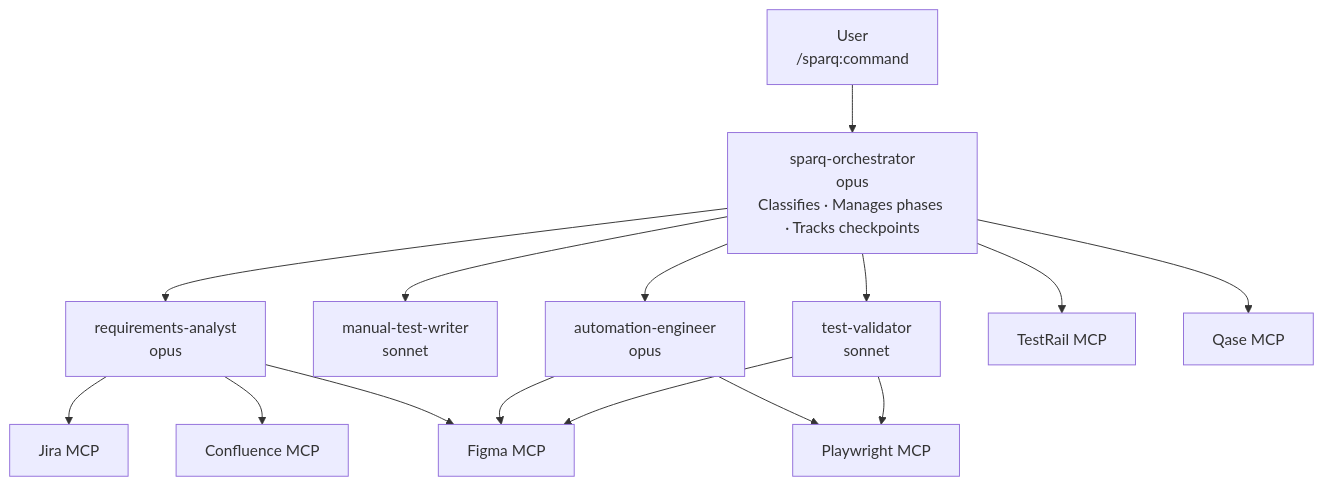
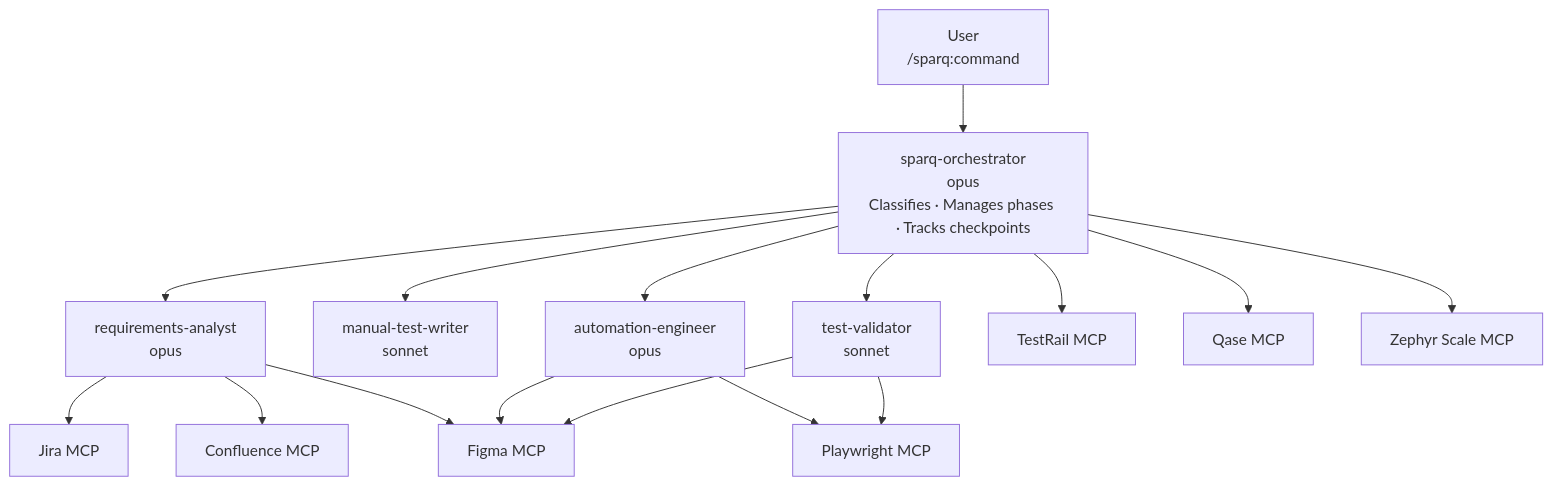
Before and after one commit to STUkh/sparq-assistant: the first of 2 diagrams in docs/ARCHITECTURE.md, drawn with Mermaid. The commit also changed other lines of this file and 276 other files, not shown here.

````diff
--- a/docs/ARCHITECTURE.md
+++ b/docs/ARCHITECTURE.md
@@ -5,17 +5,18 @@
 ```mermaid
 flowchart TD
   User[User<br/>/sparq:command] --> Orch[sparq-orchestrator<br/>opus<br/>Classifies · Manages phases · Tracks checkpoints]
   Orch --> RA[requirements-analyst<br/>opus]
   Orch --> MTW[manual-test-writer<br/>sonnet]
   Orch --> AE[automation-engineer<br/>opus]
   Orch --> TV[test-validator<br/>sonnet]
   RA --> Jira[Jira MCP]
   RA --> Conf[Confluence MCP]
   RA --> Figma[Figma MCP]
   AE --> Figma
   AE --> PW[Playwright MCP]
   TV --> Figma
   TV --> PW
   Orch --> TR[TestRail MCP]
   Orch --> QA[Qase MCP]
+  Orch --> ZS[Zephyr Scale MCP]
 ```
````
